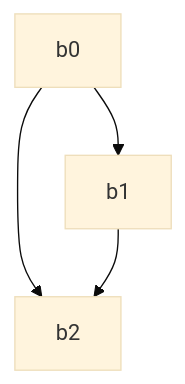
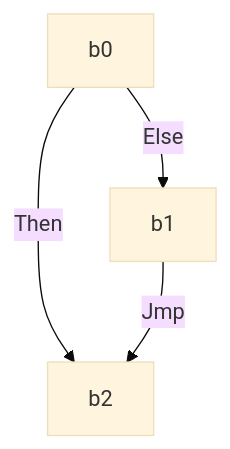
The second of 2 diagrams in README.md (defkit/branching_overview), drawn with Mermaid (base theme) before and after one commit. The commit also changed other lines of this file, not shown here.

````diff
--- a/README.md
+++ b/README.md
@@ -23,6 +23,6 @@
 ```mermaid
 graph TD;
-    b0-->b2;
-    b0-->b1;
-    b1-->b2;
+    b0-->|Then| b2;
+    b0-->|Else| b1;
+    b1-->|Jmp| b2;
 ```
````
